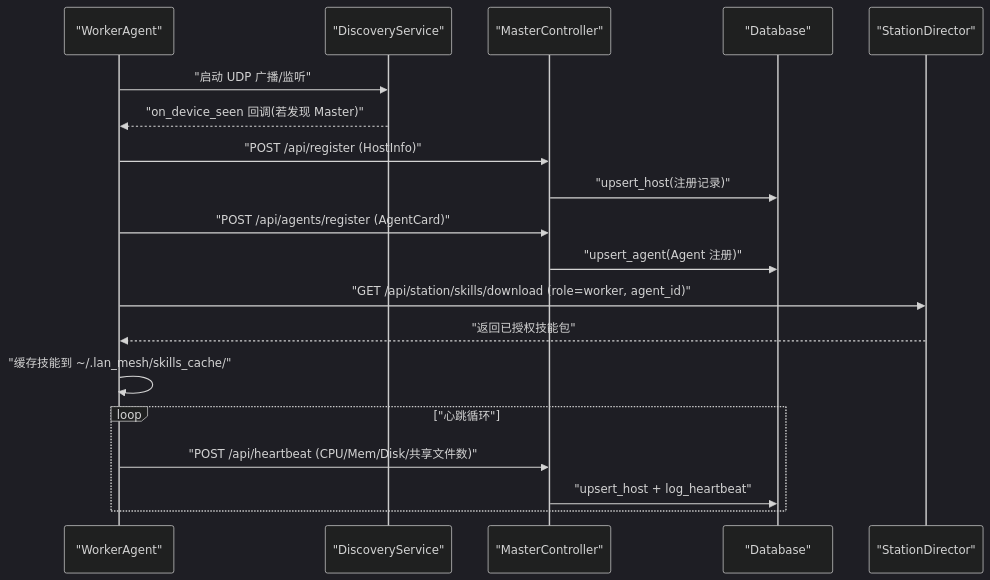
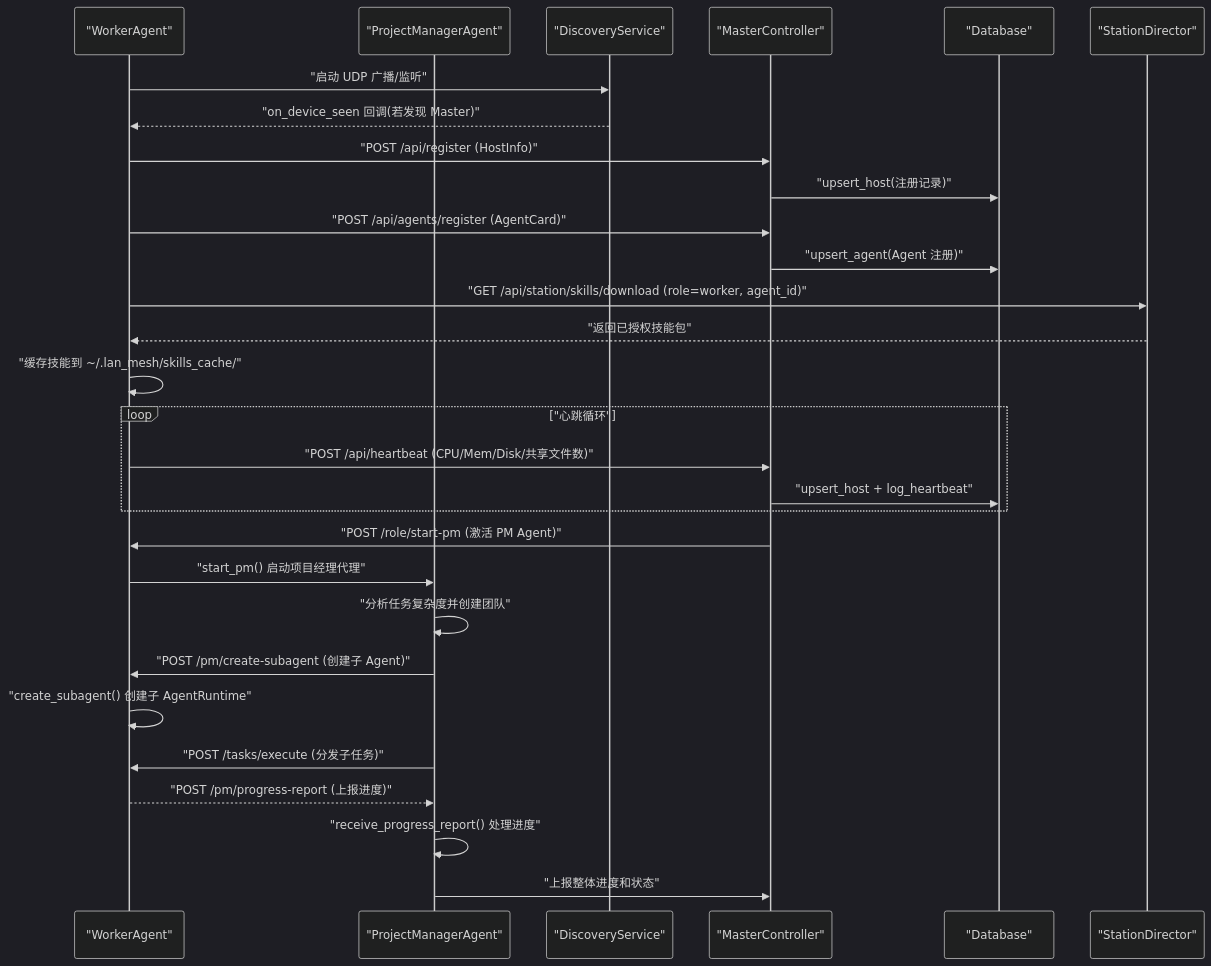
The second of 14 diagrams in .qoder/repowiki/zh/content/架构设计/Worker 代理/Worker 代理.md (targalian/Personal-distributed-workstation), drawn with Mermaid (dark theme) before and after one commit. The commit also changed other lines of this file and 60 other files, not shown here.

````diff
--- a/.qoder/repowiki/zh/content/架构设计/Worker 代理/Worker 代理.md
+++ b/.qoder/repowiki/zh/content/架构设计/Worker 代理/Worker 代理.md
@@ -133,21 +155,31 @@
 ```mermaid
 sequenceDiagram
 participant Worker as "WorkerAgent"
+participant PM as "ProjectManagerAgent"
 participant Discovery as "DiscoveryService"
 participant Master as "MasterController"
 participant DB as "Database"
 participant SD as "StationDirector"
 Worker->>Discovery : "启动 UDP 广播/监听"
 Discovery-->>Worker : "on_device_seen 回调(若发现 Master)"
 Worker->>Master : "POST /api/register (HostInfo)"
 Master->>DB : "upsert_host(注册记录)"
 Worker->>Master : "POST /api/agents/register (AgentCard)"
 Master->>DB : "upsert_agent(Agent 注册)"
 Worker->>SD : "GET /api/station/skills/download (role=worker, agent_id)"
 SD-->>Worker : "返回已授权技能包"
 Worker->>Worker : "缓存技能到 ~/.lan_mesh/skills_cache/"
 loop "心跳循环"
 Worker->>Master : "POST /api/heartbeat (CPU/Mem/Disk/共享文件数)"
 Master->>DB : "upsert_host + log_heartbeat"
 end
+Master->>Worker : "POST /role/start-pm (激活 PM Agent)"
+Worker->>PM : "start_pm() 启动项目经理代理"
+PM->>PM : "分析任务复杂度并创建团队"
+PM->>Worker : "POST /pm/create-subagent (创建子 Agent)"
+Worker->>Worker : "create_subagent() 创建子 AgentRuntime"
+PM->>Worker : "POST /tasks/execute (分发子任务)"
+Worker-->>PM : "POST /pm/progress-report (上报进度)"
+PM->>PM : "receive_progress_report() 处理进度"
+PM->>Master : "上报整体进度和状态"
 ```
````
